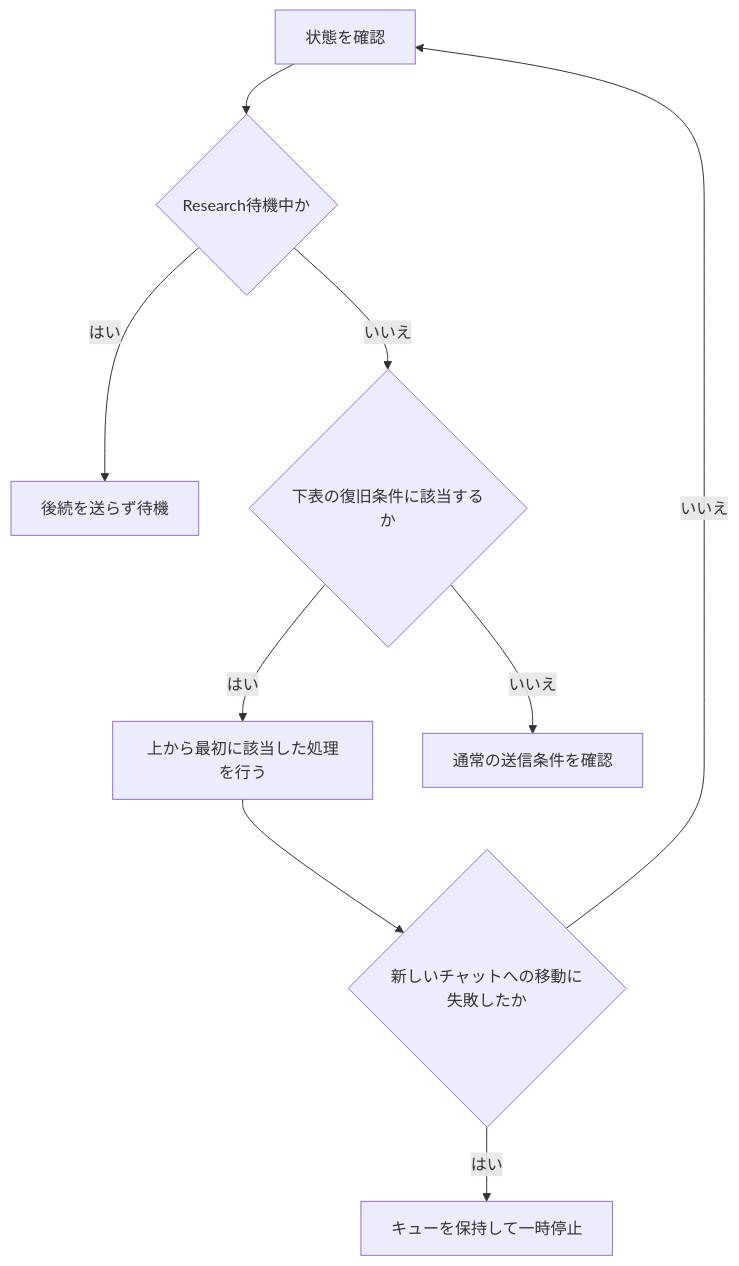
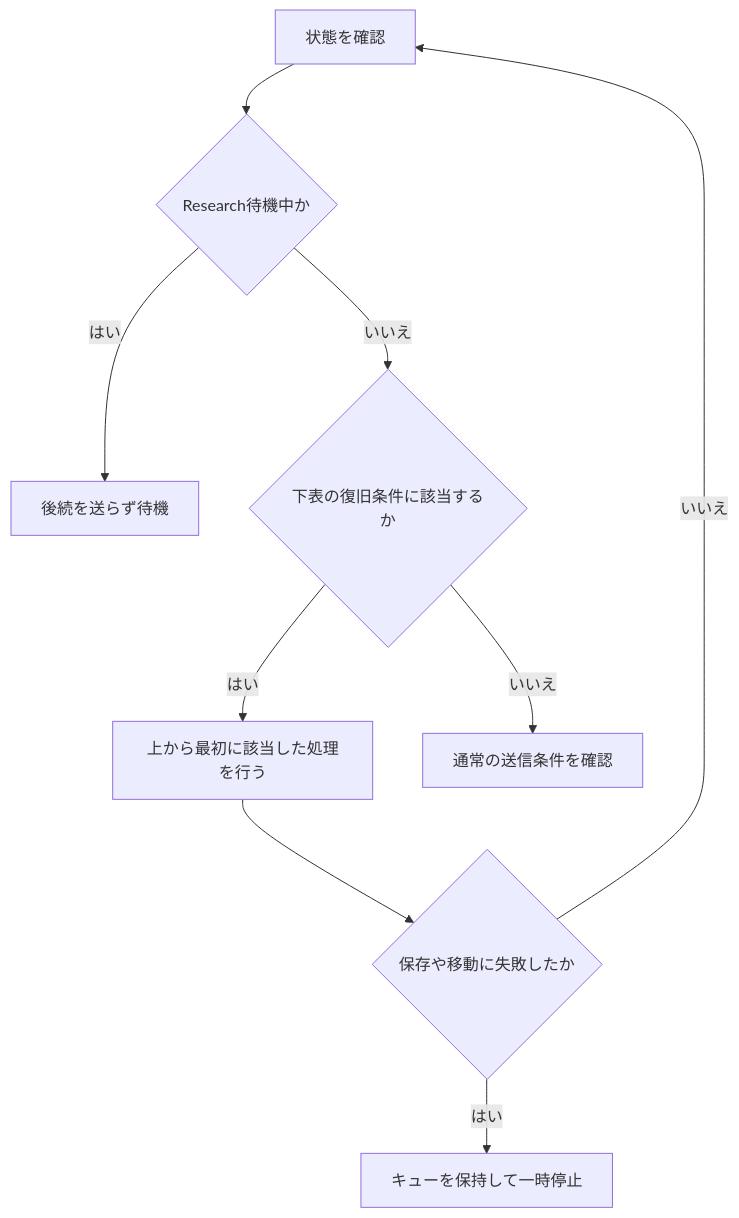
Before and after one commit to coroke3/chatgpt-queue: the third of 3 diagrams in README.md, drawn with Mermaid. The commit also changed other lines of this file and 4 other files, not shown here.

````diff
--- a/README.md
+++ b/README.md
@@ -201,11 +203,11 @@
 ```mermaid
 flowchart TD
     A[状態を確認] --> B{Research待機中か}
     B -->|はい| C[後続を送らず待機]
     B -->|いいえ| D{下表の復旧条件に該当するか}
     D -->|はい| E[上から最初に該当した処理を行う]
-    E --> F{新しいチャットへの移動に失敗したか}
+    E --> F{保存や移動に失敗したか}
     F -->|はい| G[キューを保持して一時停止]
     F -->|いいえ| A
     D -->|いいえ| H[通常の送信条件を確認]
 ```
````
